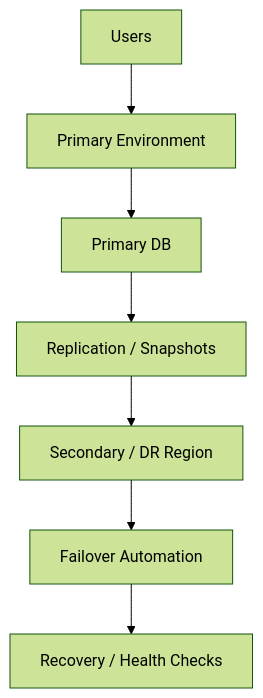
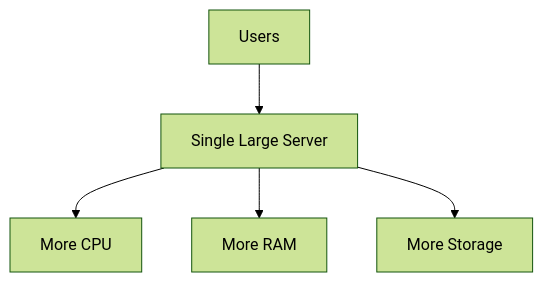
One commit to quesiblaq442-del/architecture-diagram changed the eighth of 25 diagrams in ARCHITECTURE.md. Above: the diagram before and after it, drawn with Mermaid (forest theme). The commit also changed other lines of this file, not shown here.

````diff
--- a/ARCHITECTURE.md
+++ b/ARCHITECTURE.md
@@ -235,9 +211,7 @@
 ```mermaid
 graph TB
-    Users["Users"] --> App["Primary Environment"]
-    App --> DB["Primary DB"]
-    DB --> Replication["Replication / Snapshots"]
-    Replication --> DR["Secondary / DR Region"]
-    DR --> Failover["Failover Automation"]
-    Failover --> Recovery["Recovery / Health Checks"]
+    Users["Users"] --> Server["Single Large Server"]
+    Server --> CPU["More CPU"]
+    Server --> RAM["More RAM"]
+    Server --> Disk["More Storage"]
 ```
````
